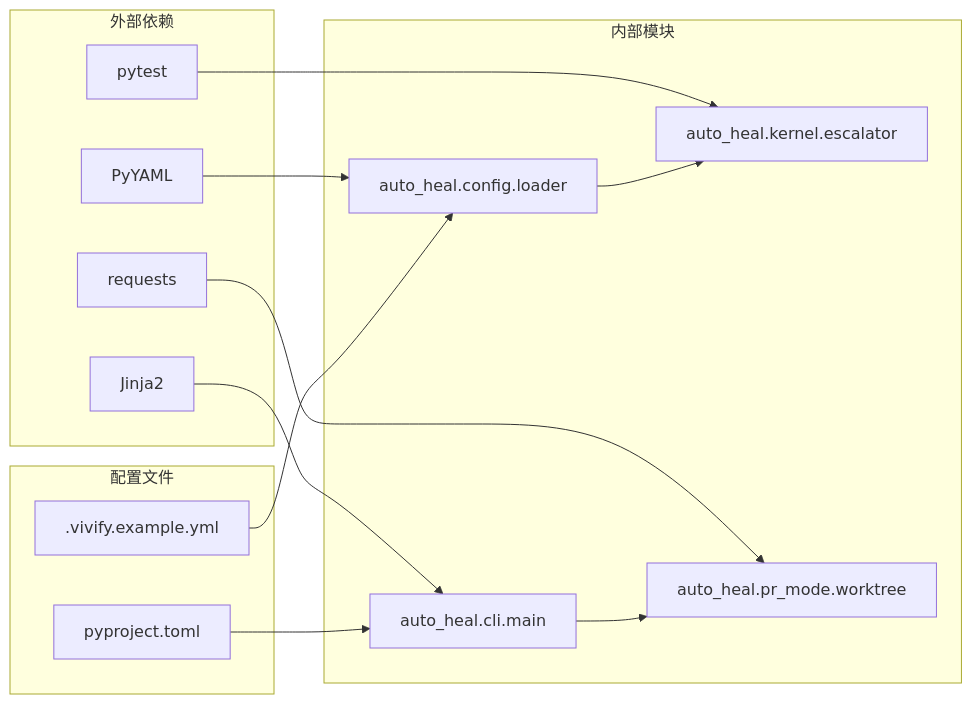
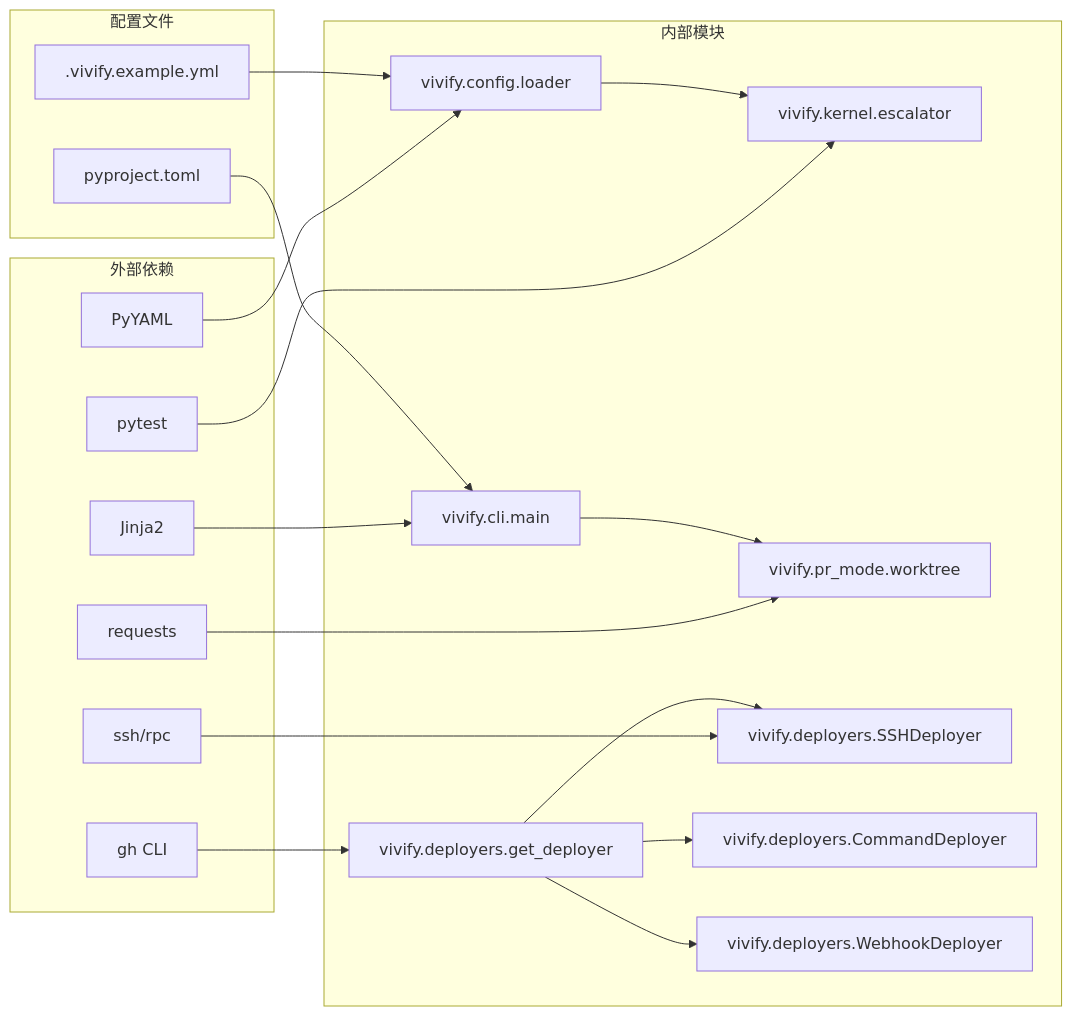
One commit to pinsonchen/vivify changed the eighth of 8 diagrams in .qoder/repowiki/zh/content/技术实现参考/代码替换策略/核心内核循环和文档更新.md. Above: the diagram before and after it, drawn with Mermaid. The commit also changed other lines of this file and 4 other files, not shown here.

````diff
--- a/.qoder/repowiki/zh/content/技术实现参考/代码替换策略/核心内核循环和文档更新.md
+++ b/.qoder/repowiki/zh/content/技术实现参考/代码替换策略/核心内核循环和文档更新.md
@@ -246,27 +421,38 @@
 ```mermaid
 graph LR
 subgraph "外部依赖"
 A[PyYAML]
 B[Jinja2]
 C[requests]
 D[pytest]
+E[gh CLI]
+F[ssh/rpc]
 end
 subgraph "内部模块"
-E[auto_heal.kernel.escalator]
-F[auto_heal.config.loader]
-G[auto_heal.cli.main]
-H[auto_heal.pr_mode.worktree]
+G[vivify.kernel.escalator]
+H[vivify.config.loader]
+I[vivify.cli.main]
+J[vivify.pr_mode.worktree]
+K[vivify.deployers.get_deployer]
+L[vivify.deployers.SSHDeployer]
+M[vivify.deployers.CommandDeployer]
+N[vivify.deployers.WebhookDeployer]
 end
 subgraph "配置文件"
-I[.vivify.example.yml]
-J[pyproject.toml]
+O[.vivify.example.yml]
+P[pyproject.toml]
 end
-A --> F
-B --> G
-C --> H
-D --> E
-I --> F
-J --> G
-F --> E
-G --> H
+A --> H
+B --> I
+C --> J
+D --> G
+E --> K
+F --> L
+O --> H
+P --> I
+H --> G
+I --> J
+K --> L
+K --> M
+K --> N
 ```
````
